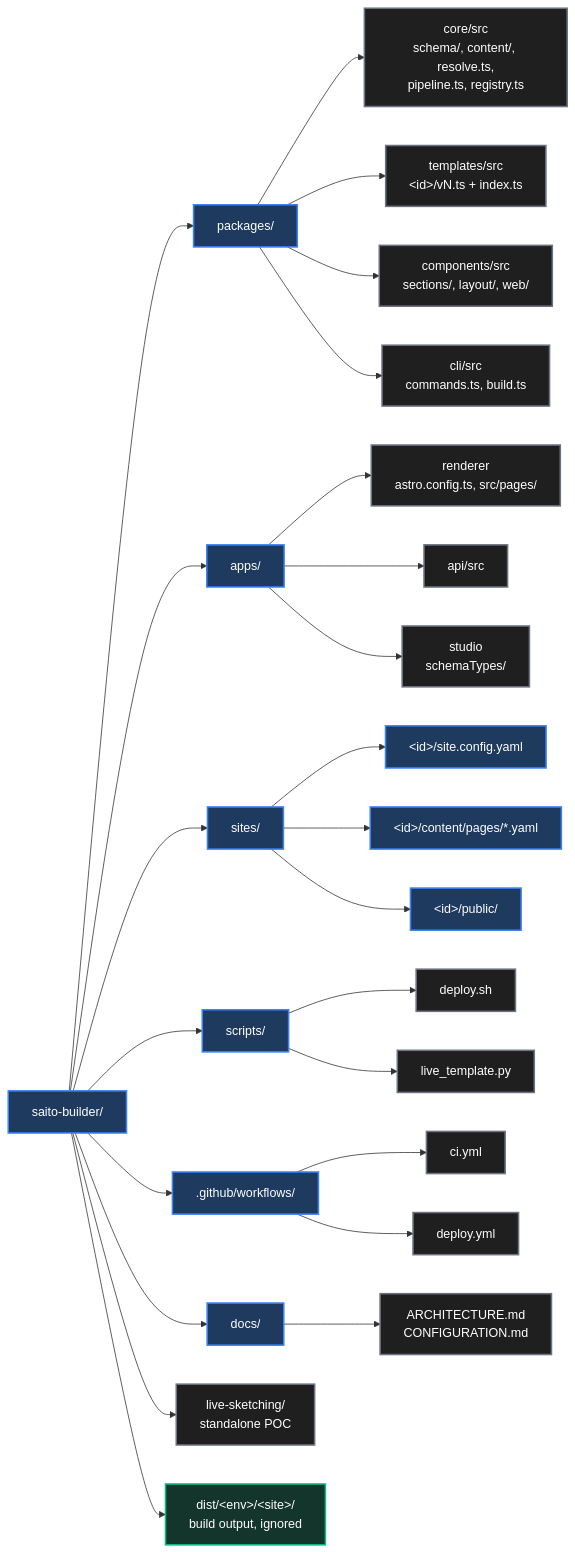
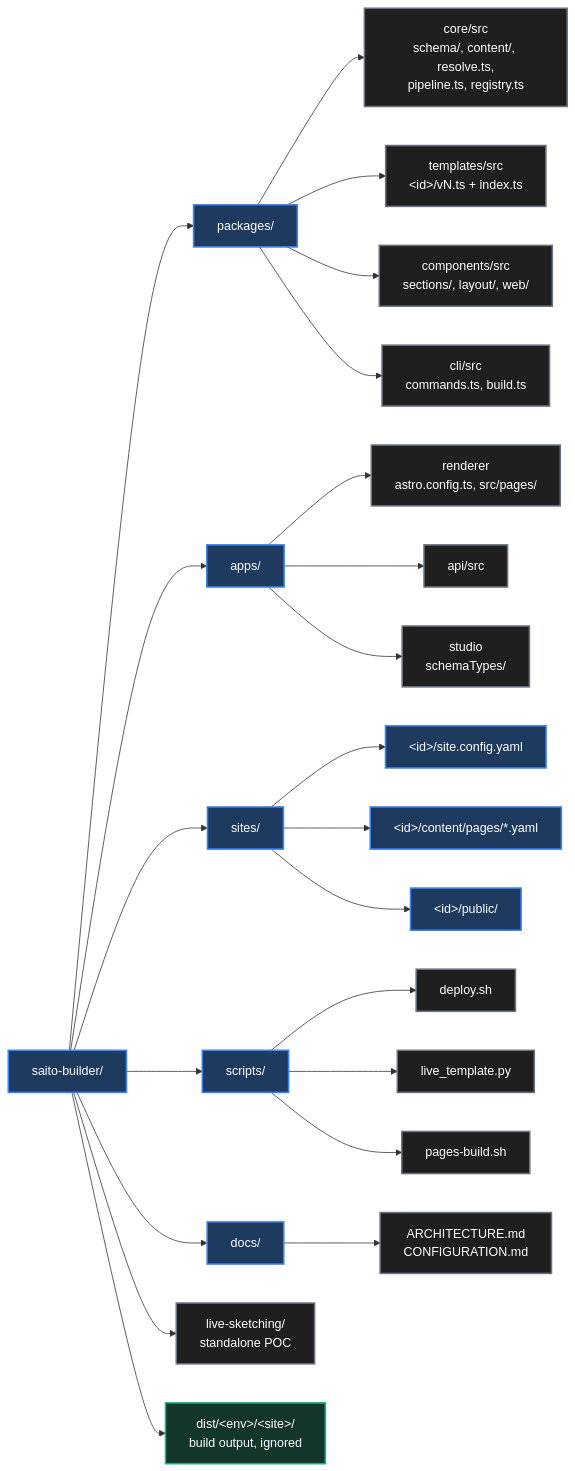
Before and after one commit to Gualtix/saito-builder: the third of 21 diagrams in README.md, drawn with Mermaid. The commit also changed other lines of this file and 9 other files, not shown here.

````diff
--- a/README.md
+++ b/README.md
@@ -154,49 +158,46 @@
 ```mermaid
 flowchart LR
   classDef blue  fill:#1e3a5f,stroke:#3b82f6,stroke-width:2px,color:#ffffff,filter:none
   classDef green fill:#14352c,stroke:#10b981,stroke-width:2px,color:#ffffff,filter:none
   classDef red   fill:#3b1a1a,stroke:#ef4444,stroke-width:2px,color:#ffffff,filter:none
   classDef teal  fill:#0f2d2d,stroke:#14b8a6,stroke-width:2px,color:#ffffff,filter:none
   classDef gray  fill:#1f1f1f,stroke:#6b7280,stroke-width:2px,color:#ffffff,filter:none
 
   Root["saito-builder/"]
   P["packages/"]
   A["apps/"]
   S["sites/"]
   Sc["scripts/"]
-  W[".github/workflows/"]
   D["docs/"]
   LS["live-sketching/<br>standalone POC"]
   Out["dist/&lt;env&gt;/&lt;site&gt;/<br>build output, ignored"]
 
   P --> P1["core/src<br>schema/, content/, resolve.ts,<br>pipeline.ts, registry.ts"]
   P --> P2["templates/src<br>&lt;id&gt;/vN.ts + index.ts"]
   P --> P3["components/src<br>sections/, layout/, web/"]
   P --> P4["cli/src<br>commands.ts, build.ts"]
   A --> A1["renderer<br>astro.config.ts, src/pages/"]
   A --> A2["api/src"]
   A --> A3["studio<br>schemaTypes/"]
   S --> S1["&lt;id&gt;/site.config.yaml"]
   S --> S2["&lt;id&gt;/content/pages/*.yaml"]
   S --> S3["&lt;id&gt;/public/"]
   Sc --> Sc1["deploy.sh"]
   Sc --> Sc2["live_template.py"]
-  W --> W1["ci.yml"]
-  W --> W2["deploy.yml"]
+  Sc --> Sc3["pages-build.sh"]
   D --> D1["ARCHITECTURE.md<br>CONFIGURATION.md"]
 
   Root --> P
   Root --> A
   Root --> S
   Root --> Sc
-  Root --> W
   Root --> D
   Root --> LS
   Root --> Out
 
-  class Root,P,A,S,Sc,W,D blue
-  class P1,P2,P3,P4,A1,A2,A3,Sc1,Sc2,W1,W2,D1 gray
+  class Root,P,A,S,Sc,D blue
+  class P1,P2,P3,P4,A1,A2,A3,Sc1,Sc2,Sc3,D1 gray
   class S1,S2,S3 blue
   class Out green
   class LS gray
 ```
````
